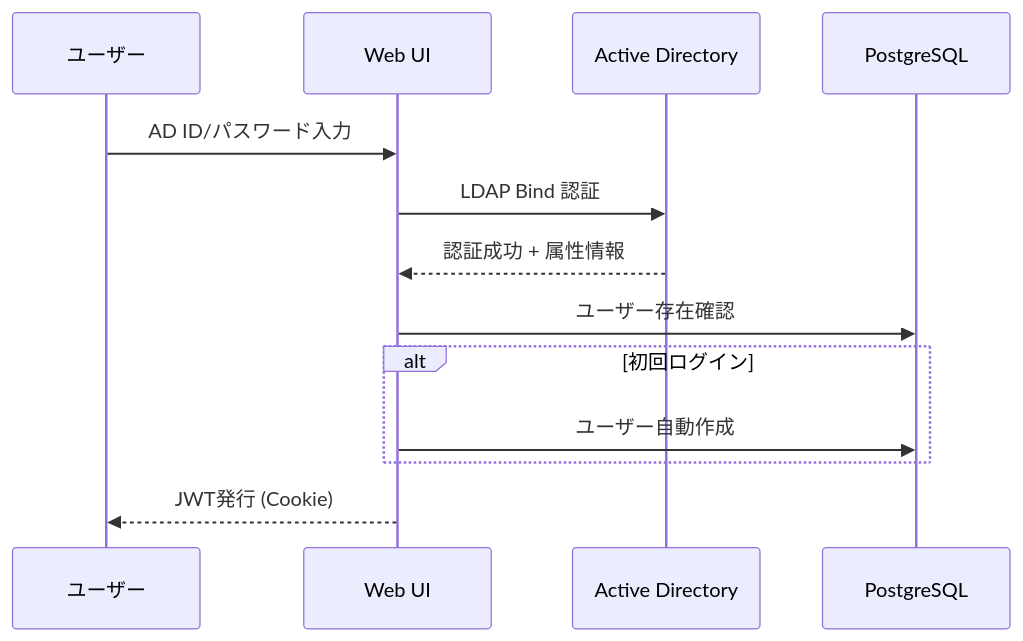
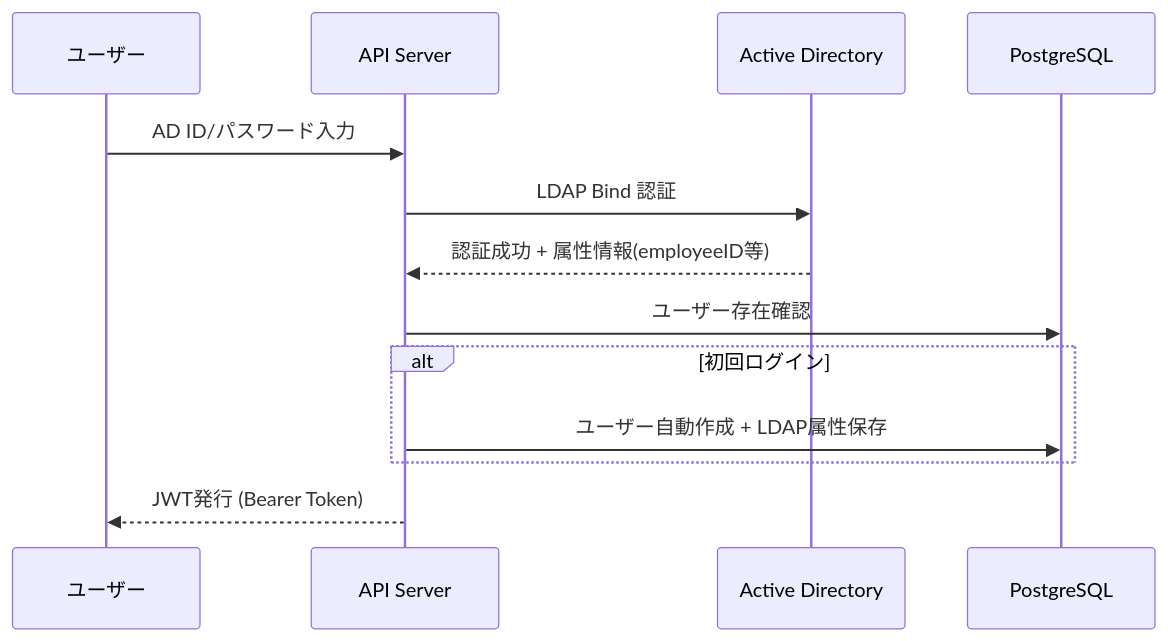
The third of 7 diagrams in docs/src/17_システム構成図.md (lmlight-app/dist_vite), drawn with Mermaid before and after one commit. The commit also changed other lines of this file and 41 other files, not shown here.

````diff
--- a/docs/src/17_システム構成図.md
+++ b/docs/src/17_システム構成図.md
@@ -123,16 +168,16 @@
 ```mermaid
 sequenceDiagram
     participant U as ユーザー
-    participant W as Web UI
+    participant API as API Server
     participant AD as Active Directory
     participant DB as PostgreSQL
 
-    U->>W: AD ID/パスワード入力
-    W->>AD: LDAP Bind 認証
-    AD-->>W: 認証成功 + 属性情報
-    W->>DB: ユーザー存在確認
+    U->>API: AD ID/パスワード入力
+    API->>AD: LDAP Bind 認証
+    AD-->>API: 認証成功 + 属性情報(employeeID等)
+    API->>DB: ユーザー存在確認
     alt 初回ログイン
-        W->>DB: ユーザー自動作成
+        API->>DB: ユーザー自動作成 + LDAP属性保存
     end
-    W-->>U: JWT発行 (Cookie)
+    API-->>U: JWT発行 (Bearer Token)
 ```
````
